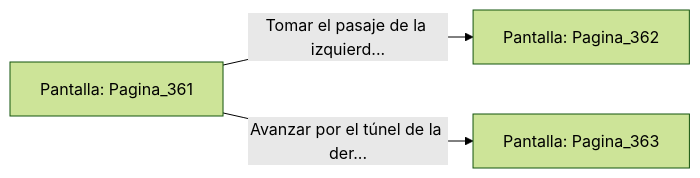
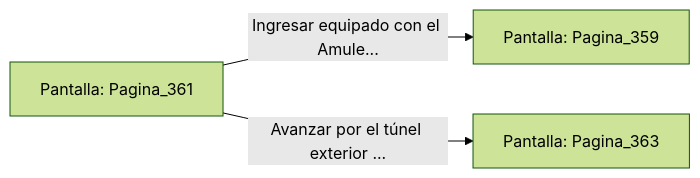
Before and after one commit to metsuke/mpl: the diagram in sample/eligejuego-vault/Pantalla_Pagina_361.md, drawn with Mermaid (forest theme). The commit also changed other lines of this file and 635 other files, not shown here.

First line of the commit message:
fix: añadir Pagina_1 como pantalla inicial en capitulo_01.mpl

````diff
--- a/sample/eligejuego-vault/Pantalla_Pagina_361.md
+++ b/sample/eligejuego-vault/Pantalla_Pagina_361.md
@@ -20,6 +24,6 @@
 ```mermaid
 graph LR
     P_Pagina_361["Pantalla: Pagina_361"]
-    P_Pagina_361 -->|"Tomar el pasaje de la izquierd..."| P_Pagina_362["Pantalla: Pagina_362"]
-    P_Pagina_361 -->|"Avanzar por el túnel de la der..."| P_Pagina_363["Pantalla: Pagina_363"]
+    P_Pagina_361 -->|"Ingresar equipado con el Amule..."| P_Pagina_359["Pantalla: Pagina_359"]
+    P_Pagina_361 -->|"Avanzar por el túnel exterior ..."| P_Pagina_363["Pantalla: Pagina_363"]
 ```
````
